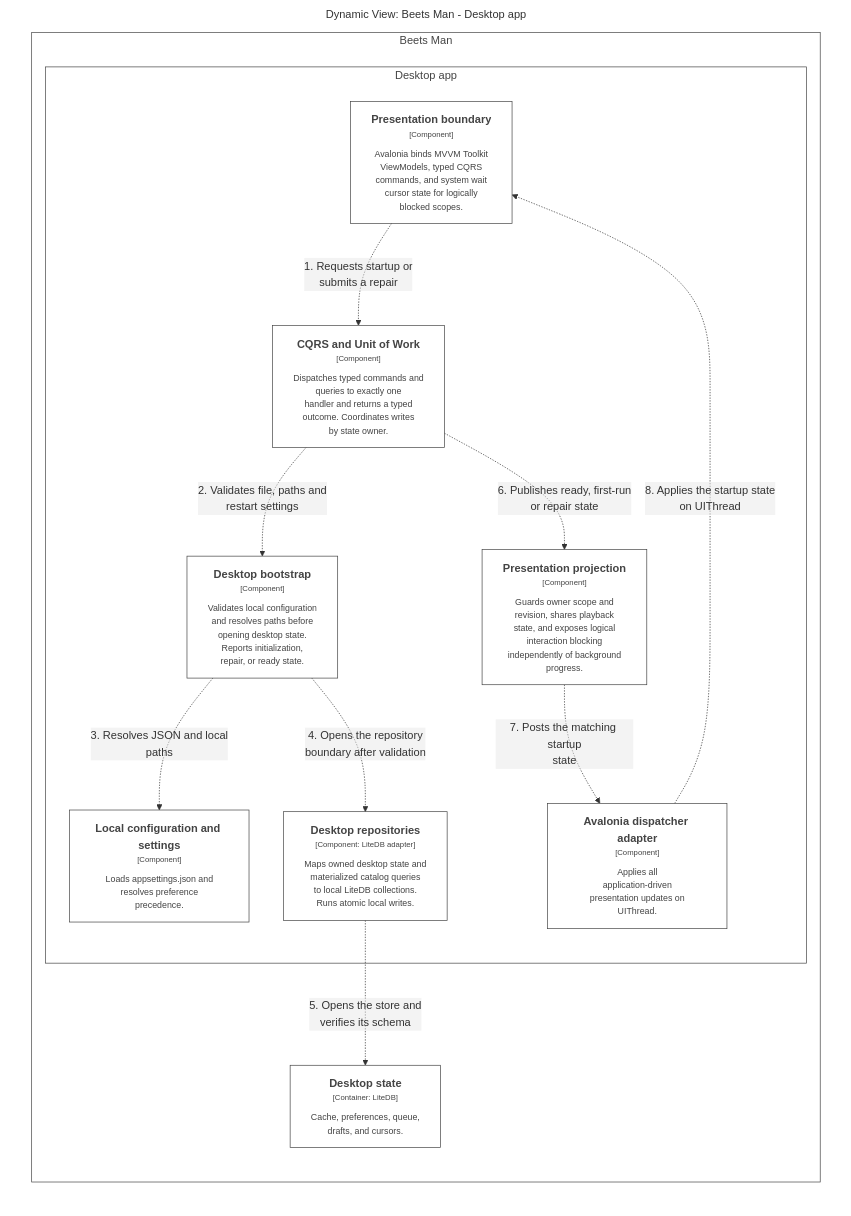
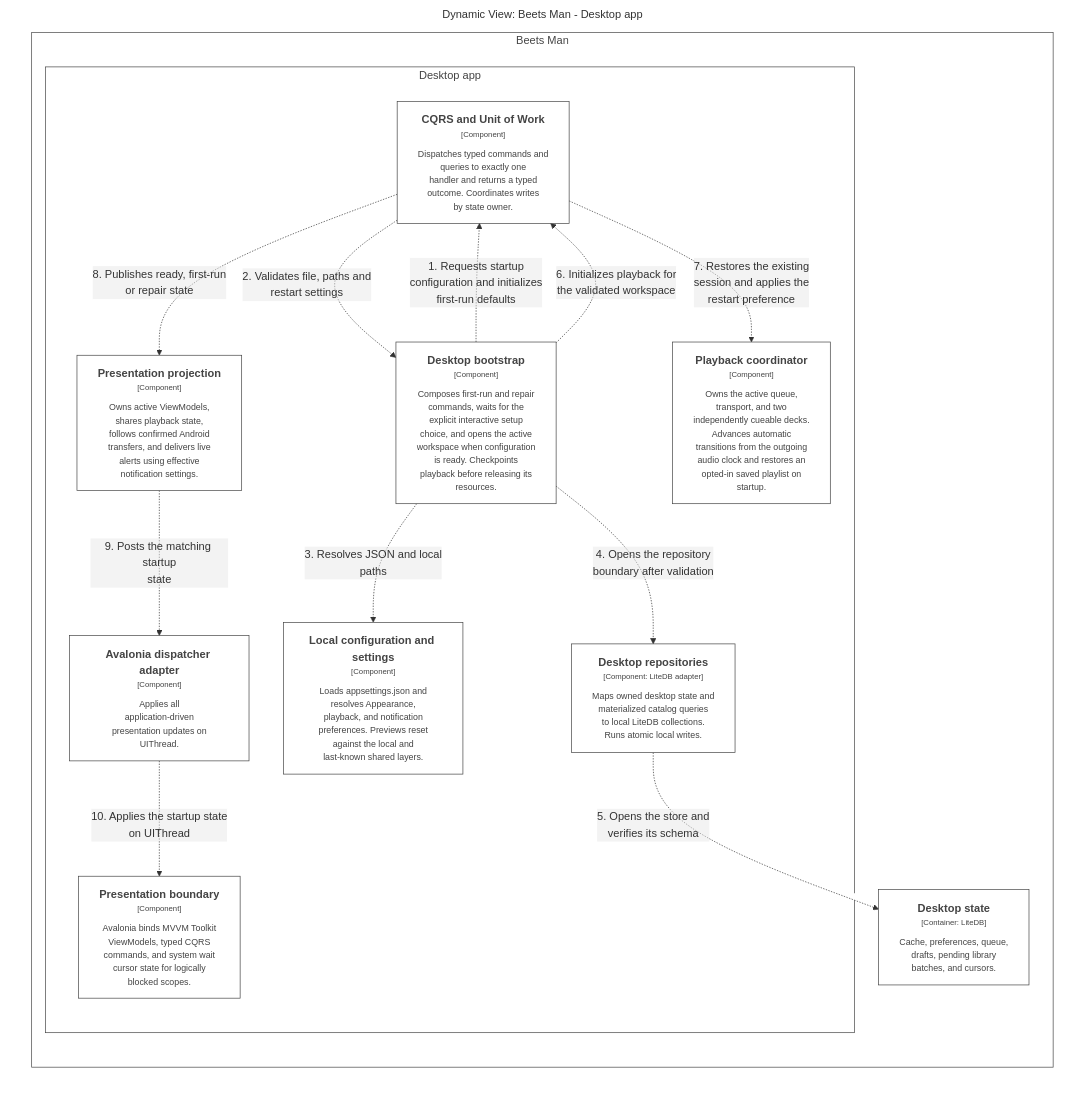
Before and after one commit to sharpninja/beets-man: the eighth of 13 diagrams in docs/Project/wiki/github/C4-Views.md, drawn with Mermaid. The commit also changed other lines of this file and 486 other files, not shown here.

````diff
--- a/docs/Project/wiki/github/C4-Views.md
+++ b/docs/Project/wiki/github/C4-Views.md
@@ -472,47 +688,51 @@
 ```mermaid
 graph LR
   linkStyle default fill:#ffffff
 
   subgraph diagram ["Dynamic View: Beets Man - Desktop app"]
     style diagram fill:#ffffff,stroke:#ffffff
 
-    subgraph 6 ["Beets Man"]
-      style 6 fill:#ffffff,stroke:#444444,color:#444444
+    subgraph 7 ["Beets Man"]
+      style 7 fill:#ffffff,stroke:#444444,color:#444444
 
-      subgraph 7 ["Desktop app"]
-        style 7 fill:#ffffff,stroke:#444444,color:#444444
+      subgraph 8 ["Desktop app"]
+        style 8 fill:#ffffff,stroke:#444444,color:#444444
 
-        10["<div style='font-weight: bold'>Presentation projection</div><div style='font-size: 70%; margin-top: 0px'>[Component]</div><div style='font-size: 80%; margin-top:10px'>Guards owner scope and<br />revision, shares playback<br />state, and exposes logical<br />interaction blocking<br />independently of background<br />progress.</div>"]
+        10["<div style='font-weight: bold'>Avalonia dispatcher adapter</div><div style='font-size: 70%; margin-top: 0px'>[Component]</div><div style='font-size: 80%; margin-top:10px'>Applies all<br />application-driven<br />presentation updates on<br />UIThread.</div>"]
         style 10 fill:#ffffff,stroke:#444444,color:#444444
-        11["<div style='font-weight: bold'>CQRS and Unit of Work</div><div style='font-size: 70%; margin-top: 0px'>[Component]</div><div style='font-size: 80%; margin-top:10px'>Dispatches typed commands and<br />queries to exactly one<br />handler and returns a typed<br />outcome. Coordinates writes<br />by state owner.</div>"]
+        11["<div style='font-weight: bold'>Presentation projection</div><div style='font-size: 70%; margin-top: 0px'>[Component]</div><div style='font-size: 80%; margin-top:10px'>Owns active ViewModels,<br />shares playback state,<br />follows confirmed Android<br />transfers, and delivers live<br />alerts using effective<br />notification settings.</div>"]
         style 11 fill:#ffffff,stroke:#444444,color:#444444
-        12["<div style='font-weight: bold'>Desktop bootstrap</div><div style='font-size: 70%; margin-top: 0px'>[Component]</div><div style='font-size: 80%; margin-top:10px'>Validates local configuration<br />and resolves paths before<br />opening desktop state.<br />Reports initialization,<br />repair, or ready state.</div>"]
-        style 12 fill:#ffffff,stroke:#444444,color:#444444
-        13["<div style='font-weight: bold'>Local configuration and settings</div><div style='font-size: 70%; margin-top: 0px'>[Component]</div><div style='font-size: 80%; margin-top:10px'>Loads appsettings.json and<br />resolves preference<br />precedence.</div>"]
+        13["<div style='font-weight: bold'>CQRS and Unit of Work</div><div style='font-size: 70%; margin-top: 0px'>[Component]</div><div style='font-size: 80%; margin-top:10px'>Dispatches typed commands and<br />queries to exactly one<br />handler and returns a typed<br />outcome. Coordinates writes<br />by state owner.</div>"]
         style 13 fill:#ffffff,stroke:#444444,color:#444444
-        23["<div style='font-weight: bold'>Desktop repositories</div><div style='font-size: 70%; margin-top: 0px'>[Component: LiteDB adapter]</div><div style='font-size: 80%; margin-top:10px'>Maps owned desktop state and<br />materialized catalog queries<br />to local LiteDB collections.<br />Runs atomic local writes.</div>"]
-        style 23 fill:#ffffff,stroke:#444444,color:#444444
-        8["<div style='font-weight: bold'>Presentation boundary</div><div style='font-size: 70%; margin-top: 0px'>[Component]</div><div style='font-size: 80%; margin-top:10px'>Avalonia binds MVVM Toolkit<br />ViewModels, typed CQRS<br />commands, and system wait<br />cursor state for logically<br />blocked scopes.</div>"]
-        style 8 fill:#ffffff,stroke:#444444,color:#444444
-        9["<div style='font-weight: bold'>Avalonia dispatcher adapter</div><div style='font-size: 70%; margin-top: 0px'>[Component]</div><div style='font-size: 80%; margin-top:10px'>Applies all<br />application-driven<br />presentation updates on<br />UIThread.</div>"]
+        14["<div style='font-weight: bold'>Desktop bootstrap</div><div style='font-size: 70%; margin-top: 0px'>[Component]</div><div style='font-size: 80%; margin-top:10px'>Composes first-run and repair<br />commands, waits for the<br />explicit interactive setup<br />choice, and opens the active<br />workspace when configuration<br />is ready. Checkpoints<br />playback before releasing its<br />resources.</div>"]
+        style 14 fill:#ffffff,stroke:#444444,color:#444444
+        15["<div style='font-weight: bold'>Local configuration and settings</div><div style='font-size: 70%; margin-top: 0px'>[Component]</div><div style='font-size: 80%; margin-top:10px'>Loads appsettings.json and<br />resolves Appearance,<br />playback, and notification<br />preferences. Previews reset<br />against the local and<br />last-known shared layers.</div>"]
+        style 15 fill:#ffffff,stroke:#444444,color:#444444
+        24["<div style='font-weight: bold'>Playback coordinator</div><div style='font-size: 70%; margin-top: 0px'>[Component]</div><div style='font-size: 80%; margin-top:10px'>Owns the active queue,<br />transport, and two<br />independently cueable decks.<br />Advances automatic<br />transitions from the outgoing<br />audio clock and restores an<br />opted-in saved playlist on<br />startup.</div>"]
+        style 24 fill:#ffffff,stroke:#444444,color:#444444
+        36["<div style='font-weight: bold'>Desktop repositories</div><div style='font-size: 70%; margin-top: 0px'>[Component: LiteDB adapter]</div><div style='font-size: 80%; margin-top:10px'>Maps owned desktop state and<br />materialized catalog queries<br />to local LiteDB collections.<br />Runs atomic local writes.</div>"]
+        style 36 fill:#ffffff,stroke:#444444,color:#444444
+        9["<div style='font-weight: bold'>Presentation boundary</div><div style='font-size: 70%; margin-top: 0px'>[Component]</div><div style='font-size: 80%; margin-top:10px'>Avalonia binds MVVM Toolkit<br />ViewModels, typed CQRS<br />commands, and system wait<br />cursor state for logically<br />blocked scopes.</div>"]
         style 9 fill:#ffffff,stroke:#444444,color:#444444
       end
 
-      25["<div style='font-weight: bold'>Desktop state</div><div style='font-size: 70%; margin-top: 0px'>[Container: LiteDB]</div><div style='font-size: 80%; margin-top:10px'>Cache, preferences, queue,<br />drafts, and cursors.</div>"]
-      style 25 fill:#ffffff,stroke:#444444,color:#444444
+      38["<div style='font-weight: bold'>Desktop state</div><div style='font-size: 70%; margin-top: 0px'>[Container: LiteDB]</div><div style='font-size: 80%; margin-top:10px'>Cache, preferences, queue,<br />drafts, pending library<br />batches, and cursors.</div>"]
+      style 38 fill:#ffffff,stroke:#444444,color:#444444
     end
 
-    25["<div style='font-weight: bold'>Desktop state</div><div style='font-size: 70%; margin-top: 0px'>[Container: LiteDB]</div><div style='font-size: 80%; margin-top:10px'>Cache, preferences, queue,<br />drafts, and cursors.</div>"]
-    style 25 fill:#ffffff,stroke:#444444,color:#444444
+    38["<div style='font-weight: bold'>Desktop state</div><div style='font-size: 70%; margin-top: 0px'>[Container: LiteDB]</div><div style='font-size: 80%; margin-top:10px'>Cache, preferences, queue,<br />drafts, pending library<br />batches, and cursors.</div>"]
+    style 38 fill:#ffffff,stroke:#444444,color:#444444
 
-    8-. "<div>1. Requests startup or<br />submits a repair</div><div style='font-size: 70%'></div>" .->11
-    11-. "<div>2. Validates file, paths and<br />restart settings</div><div style='font-size: 70%'></div>" .->12
-    12-. "<div>3. Resolves JSON and local<br />paths</div><div style='font-size: 70%'></div>" .->13
-    12-. "<div>4. Opens the repository<br />boundary after validation</div><div style='font-size: 70%'></div>" .->23
-    23-. "<div>5. Opens the store and<br />verifies its schema</div><div style='font-size: 70%'></div>" .->25
-    11-. "<div>6. Publishes ready, first-run<br />or repair state</div><div style='font-size: 70%'></div>" .->10
-    10-. "<div>7. Posts the matching startup<br />state</div><div style='font-size: 70%'></div>" .->9
-    9-. "<div>8. Applies the startup state<br />on UIThread</div><div style='font-size: 70%'></div>" .->8
+    14-. "<div>1. Requests startup<br />configuration and initializes<br />first-run defaults</div><div style='font-size: 70%'></div>" .->13
+    13-. "<div>2. Validates file, paths and<br />restart settings</div><div style='font-size: 70%'></div>" .->14
+    14-. "<div>3. Resolves JSON and local<br />paths</div><div style='font-size: 70%'></div>" .->15
+    14-. "<div>4. Opens the repository<br />boundary after validation</div><div style='font-size: 70%'></div>" .->36
+    36-. "<div>5. Opens the store and<br />verifies its schema</div><div style='font-size: 70%'></div>" .->38
+    14-. "<div>6. Initializes playback for<br />the validated workspace</div><div style='font-size: 70%'></div>" .->13
+    13-. "<div>7. Restores the existing<br />session and applies the<br />restart preference</div><div style='font-size: 70%'></div>" .->24
+    13-. "<div>8. Publishes ready, first-run<br />or repair state</div><div style='font-size: 70%'></div>" .->11
+    11-. "<div>9. Posts the matching startup<br />state</div><div style='font-size: 70%'></div>" .->10
+    10-. "<div>10. Applies the startup state<br />on UIThread</div><div style='font-size: 70%'></div>" .->9
 
   end
 ```
````
